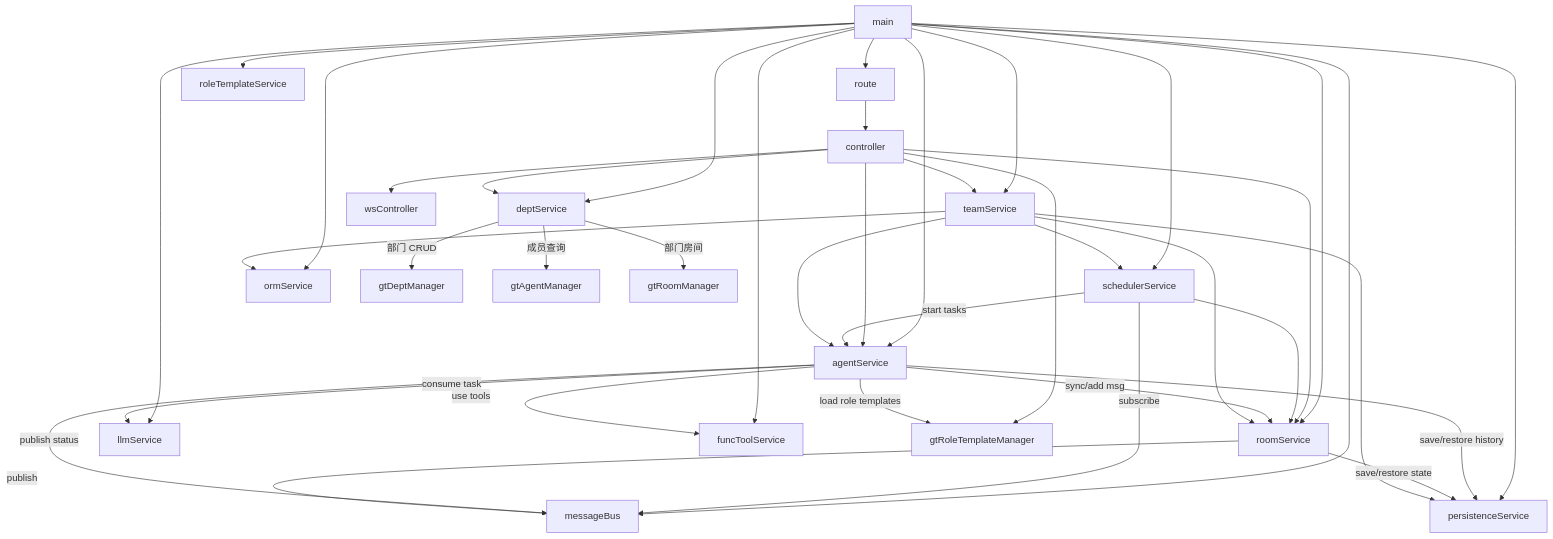
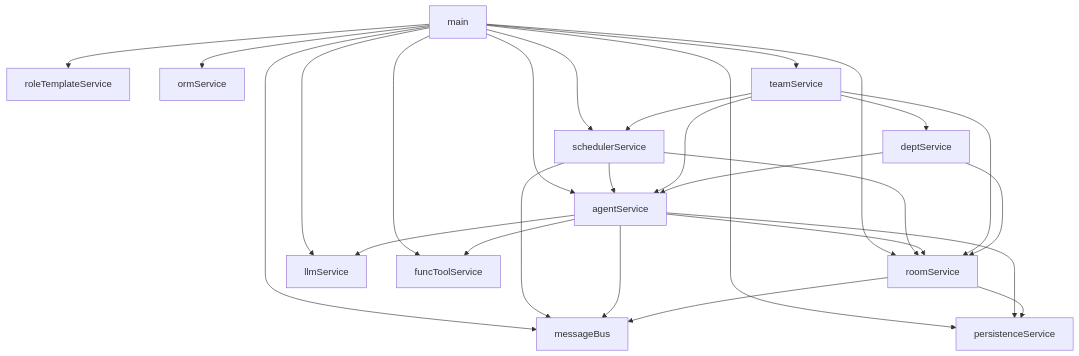
The diagram in docs/tech/service_dependencies.md (alexazhou/TogoSpace), drawn with Mermaid before and after one commit. The commit also changed other lines of this file, not shown here.

Commit message:
docs: update service_dependencies to reflect actual code structure
Simplify dependency diagram to only include service layer dependencies,
remove controller/DAL layer references.

````diff
--- a/docs/tech/service_dependencies.md
+++ b/docs/tech/service_dependencies.md
@@ -3,47 +3,34 @@
 ```mermaid
 graph TD
-    main --> route
     main --> roleTemplateService
     main --> agentService
     main --> roomService
     main --> schedulerService
     main --> llmService
     main --> funcToolService
     main --> messageBus
     main --> persistenceService
     main --> ormService
     main --> teamService
-    main --> deptService
 
-    route --> controller
-    controller --> gtRoleTemplateManager
-    controller --> agentService
-    controller --> roomService
-    controller --> teamService
-    controller --> deptService
-    controller --> wsController
+    schedulerService --> agentService
+    schedulerService --> roomService
+    schedulerService --> messageBus
 
-    schedulerService -->|start tasks| agentService
-    schedulerService --> roomService
-    schedulerService -->|subscribe| messageBus
+    agentService --> llmService
+    agentService --> roomService
+    agentService --> funcToolService
+    agentService --> persistenceService
+    agentService --> messageBus
 
-    agentService -->|load role templates| gtRoleTemplateManager
-    agentService -->|consume task| llmService
-    agentService -->|sync/add msg| roomService
-    agentService -->|use tools| funcToolService
-    agentService -->|save/restore history| persistenceService
-    agentService -->|publish status| messageBus
+    roomService --> messageBus
+    roomService --> persistenceService
 
-    roomService -->|publish| messageBus
-    roomService -->|save/restore state| persistenceService
-
-    teamService --> persistenceService
-    teamService --> ormService
+    teamService --> deptService
     teamService --> agentService
     teamService --> roomService
     teamService --> schedulerService
 
-    deptService -->|部门 CRUD| gtDeptManager
-    deptService -->|成员查询| gtAgentManager
-    deptService -->|部门房间| gtRoomManager
+    deptService --> roomService
+    deptService --> agentService
 ```
````
